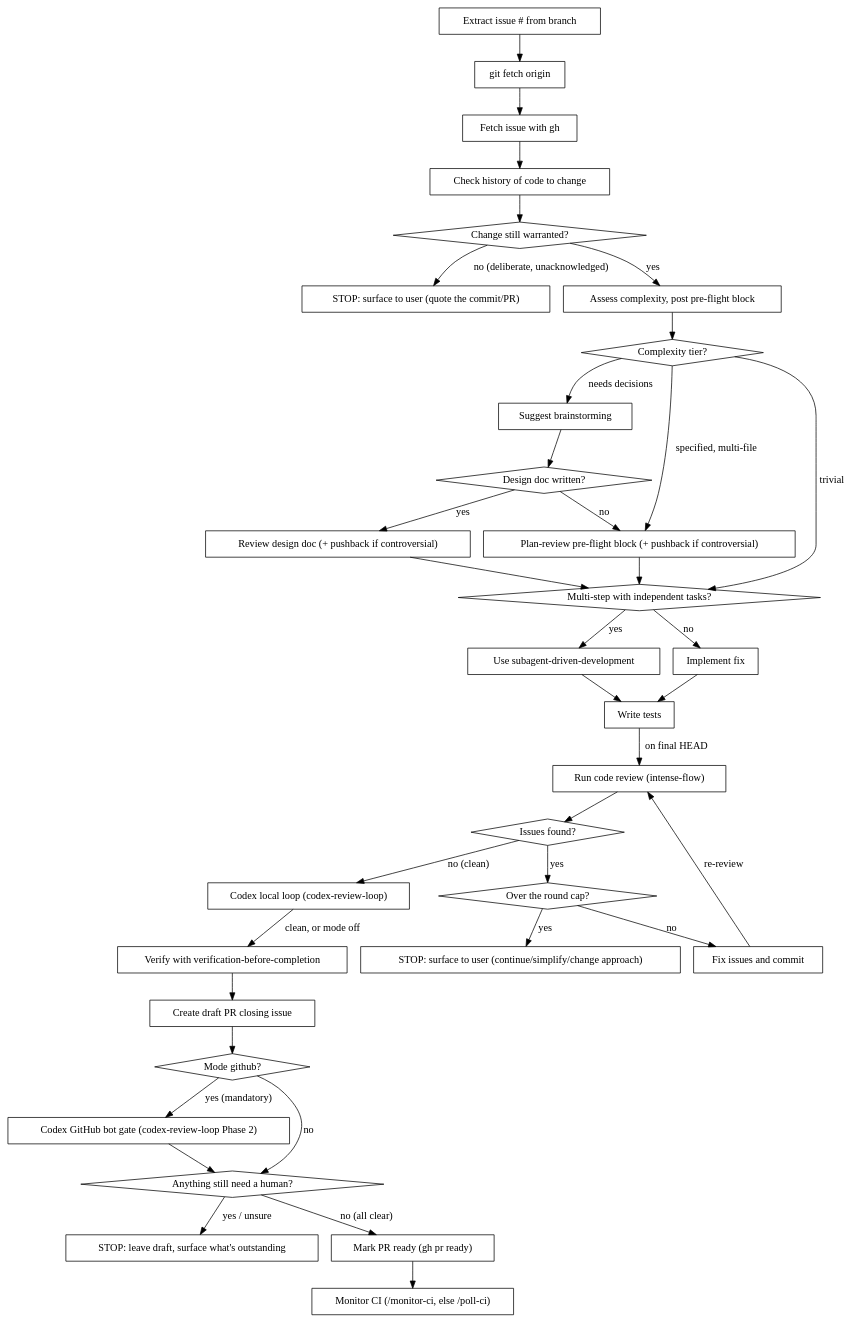
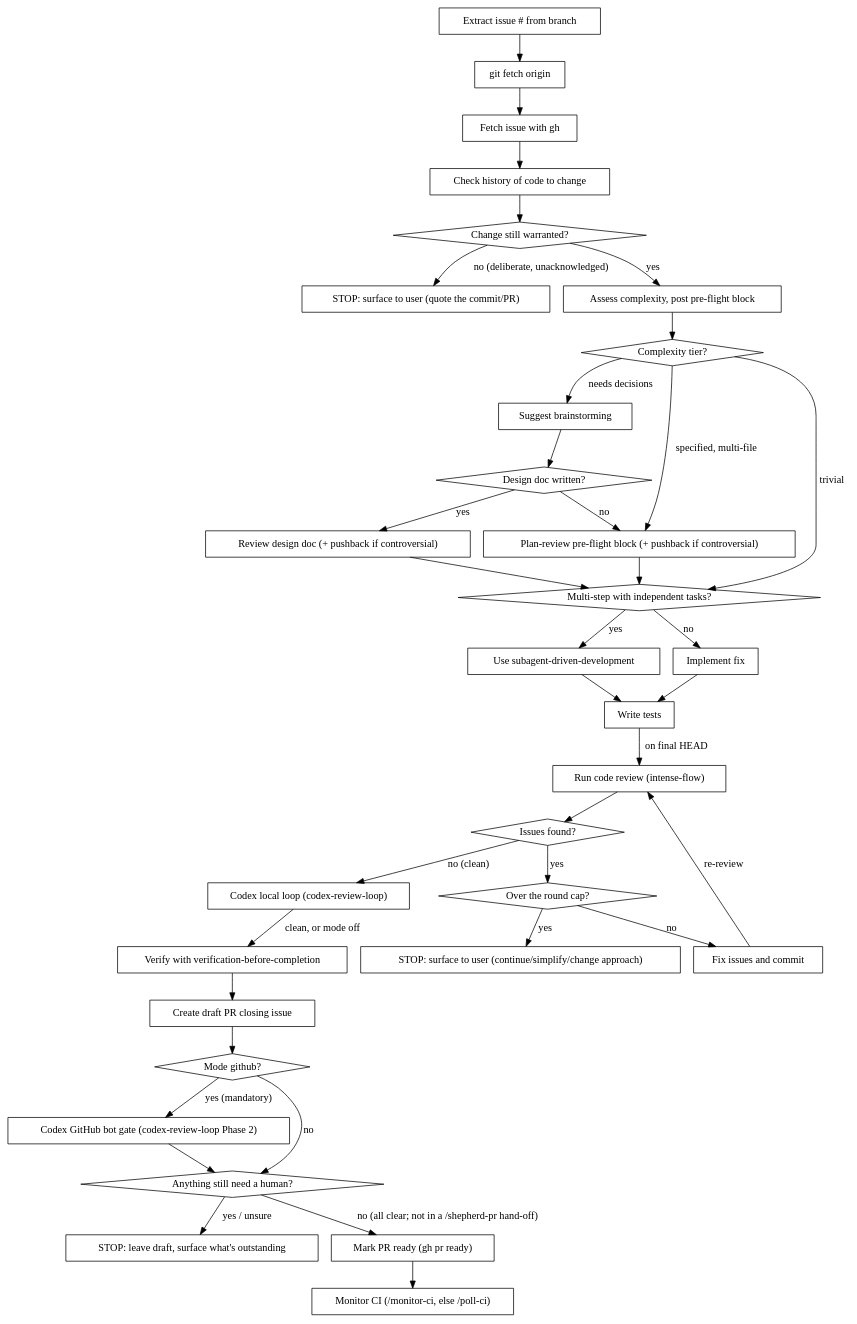
Before and after one commit to oalders/kitchen-sink: the diagram in commands/fix-gh-issue.md, drawn with Graphviz. The commit also changed other lines of this file and 4 other files, not shown here.

````diff
--- a/commands/fix-gh-issue.md
+++ b/commands/fix-gh-issue.md
@@ -54,70 +54,70 @@
 ```dot
 digraph fix_issue {
     "Extract issue # from branch" [shape=box];
     "git fetch origin" [shape=box];
     "Fetch issue with gh" [shape=box];
     "Check history of code to change" [shape=box];
     "Change still warranted?" [shape=diamond];
     "STOP: surface to user (quote the commit/PR)" [shape=box];
     "Assess complexity, post pre-flight block" [shape=box];
     "Complexity tier?" [shape=diamond];
     "Suggest brainstorming" [shape=box];
     "Design doc written?" [shape=diamond];
     "Review design doc (+ pushback if controversial)" [shape=box];
     "Plan-review pre-flight block (+ pushback if controversial)" [shape=box];
     "Multi-step with independent tasks?" [shape=diamond];
     "Use subagent-driven-development" [shape=box];
     "Implement fix" [shape=box];
     "Write tests" [shape=box];
     "Run code review (intense-flow)" [shape=box];
     "Issues found?" [shape=diamond];
     "Over the round cap?" [shape=diamond];
     "STOP: surface to user (continue/simplify/change approach)" [shape=box];
     "Fix issues and commit" [shape=box];
     "Codex local loop (codex-review-loop)" [shape=box];
     "Verify with verification-before-completion" [shape=box];
     "Create draft PR closing issue" [shape=box];
     "Mode github?" [shape=diamond];
     "Codex GitHub bot gate (codex-review-loop Phase 2)" [shape=box];
     "Anything still need a human?" [shape=diamond];
     "STOP: leave draft, surface what's outstanding" [shape=box];
     "Mark PR ready (gh pr ready)" [shape=box];
     "Monitor CI (/monitor-ci, else /poll-ci)" [shape=box];
 
     "Extract issue # from branch" -> "git fetch origin";
     "git fetch origin" -> "Fetch issue with gh";
     "Fetch issue with gh" -> "Check history of code to change";
     "Check history of code to change" -> "Change still warranted?";
     "Change still warranted?" -> "STOP: surface to user (quote the commit/PR)" [label="no (deliberate, unacknowledged)"];
     "Change still warranted?" -> "Assess complexity, post pre-flight block" [label="yes"];
     "Assess complexity, post pre-flight block" -> "Complexity tier?";
     "Complexity tier?" -> "Suggest brainstorming" [label="needs decisions"];
     "Complexity tier?" -> "Plan-review pre-flight block (+ pushback if controversial)" [label="specified, multi-file"];
     "Complexity tier?" -> "Multi-step with independent tasks?" [label="trivial"];
     "Plan-review pre-flight block (+ pushback if controversial)" -> "Multi-step with independent tasks?";
     "Suggest brainstorming" -> "Design doc written?";
     "Design doc written?" -> "Review design doc (+ pushback if controversial)" [label="yes"];
     "Design doc written?" -> "Plan-review pre-flight block (+ pushback if controversial)" [label="no"];
     "Review design doc (+ pushback if controversial)" -> "Multi-step with independent tasks?";
     "Multi-step with independent tasks?" -> "Use subagent-driven-development" [label="yes"];
     "Multi-step with independent tasks?" -> "Implement fix" [label="no"];
     "Use subagent-driven-development" -> "Write tests";
     "Implement fix" -> "Write tests";
     "Write tests" -> "Run code review (intense-flow)" [label="on final HEAD"];
     "Run code review (intense-flow)" -> "Issues found?";
     "Issues found?" -> "Over the round cap?" [label="yes"];
     "Over the round cap?" -> "STOP: surface to user (continue/simplify/change approach)" [label="yes"];
     "Over the round cap?" -> "Fix issues and commit" [label="no"];
     "Fix issues and commit" -> "Run code review (intense-flow)" [label="re-review"];
     "Issues found?" -> "Codex local loop (codex-review-loop)" [label="no (clean)"];
     "Codex local loop (codex-review-loop)" -> "Verify with verification-before-completion" [label="clean, or mode off"];
     "Verify with verification-before-completion" -> "Create draft PR closing issue";
     "Create draft PR closing issue" -> "Mode github?";
     "Mode github?" -> "Codex GitHub bot gate (codex-review-loop Phase 2)" [label="yes (mandatory)"];
     "Mode github?" -> "Anything still need a human?" [label="no"];
     "Codex GitHub bot gate (codex-review-loop Phase 2)" -> "Anything still need a human?";
     "Anything still need a human?" -> "STOP: leave draft, surface what's outstanding" [label="yes / unsure"];
-    "Anything still need a human?" -> "Mark PR ready (gh pr ready)" [label="no (all clear)"];
+    "Anything still need a human?" -> "Mark PR ready (gh pr ready)" [label="no (all clear; not in a /shepherd-pr hand-off)"];
     "Mark PR ready (gh pr ready)" -> "Monitor CI (/monitor-ci, else /poll-ci)";
 }
 ```
````
